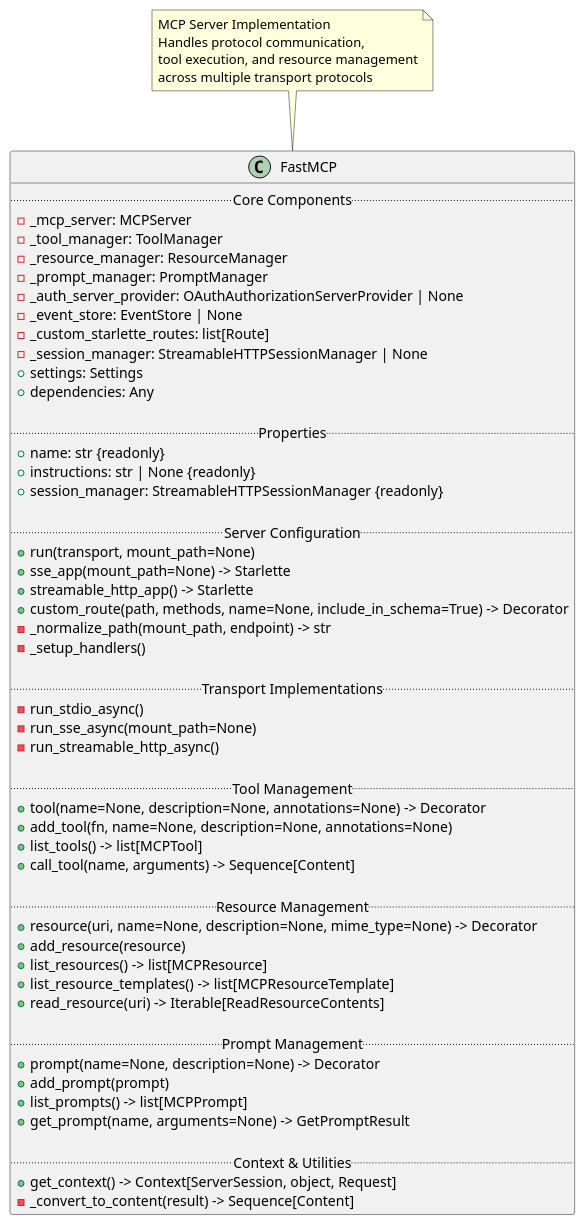
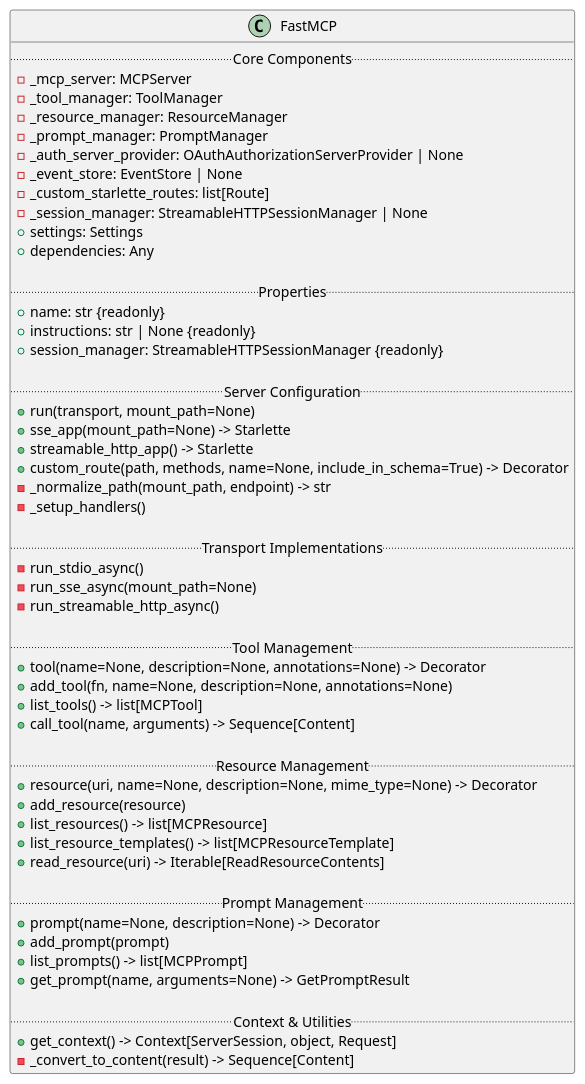
The diagram in MCP/puml/server-FastMCP.puml (acloudfan/gen-ai-app-dev), drawn with PlantUML before and after one commit. The commit also changed 7 other files, not shown here.

```diff
--- a/MCP/puml/server-FastMCP.puml
+++ b/MCP/puml/server-FastMCP.puml
@@ -1,81 +1,81 @@
 @startuml FastMCP
 
 class FastMCP {
   .. Core Components ..
   - _mcp_server: MCPServer
   - _tool_manager: ToolManager
   - _resource_manager: ResourceManager
   - _prompt_manager: PromptManager
   - _auth_server_provider: OAuthAuthorizationServerProvider | None
   - _event_store: EventStore | None
   - _custom_starlette_routes: list[Route]
   - _session_manager: StreamableHTTPSessionManager | None
   + settings: Settings
   + dependencies: Any
 
   .. Properties ..
   + name: str {readonly}
   + instructions: str | None {readonly}
   + session_manager: StreamableHTTPSessionManager {readonly}
 
   .. Server Configuration ..
   + run(transport, mount_path=None)
   + sse_app(mount_path=None) -> Starlette
   + streamable_http_app() -> Starlette
   + custom_route(path, methods, name=None, include_in_schema=True) -> Decorator
   - _normalize_path(mount_path, endpoint) -> str
   - _setup_handlers()
 
   .. Transport Implementations ..
   - run_stdio_async()
   - run_sse_async(mount_path=None)
   - run_streamable_http_async()
 
   .. Tool Management ..
   + tool(name=None, description=None, annotations=None) -> Decorator
   + add_tool(fn, name=None, description=None, annotations=None)
   + list_tools() -> list[MCPTool]
   + call_tool(name, arguments) -> Sequence[Content]
 
   .. Resource Management ..
   + resource(uri, name=None, description=None, mime_type=None) -> Decorator
   + add_resource(resource)
   + list_resources() -> list[MCPResource]
   + list_resource_templates() -> list[MCPResourceTemplate]
   + read_resource(uri) -> Iterable[ReadResourceContents]
 
   .. Prompt Management ..
   + prompt(name=None, description=None) -> Decorator
   + add_prompt(prompt)
   + list_prompts() -> list[MCPPrompt]
   + get_prompt(name, arguments=None) -> GetPromptResult
 
   .. Context & Utilities ..
   + get_context() -> Context[ServerSession, object, Request]
   - _convert_to_content(result) -> Sequence[Content]
 }
 
 ' -- Relationships --
 ' FastMCP --> "uses" MCPServer
 ' FastMCP --> "uses" ToolManager
 ' FastMCP --> "uses" ResourceManager
 ' FastMCP --> "uses" PromptManager
 ' FastMCP --> "uses" OAuthAuthorizationServerProvider
 ' FastMCP --> "uses" EventStore
 ' FastMCP --> "uses" Route
 ' FastMCP --> "uses" StreamableHTTPSessionManager
 ' FastMCP --> "uses" Settings
 ' FastMCP --> "uses" MCPTool
 ' FastMCP --> "uses" MCPResource
 ' FastMCP --> "uses" MCPPrompt
 ' FastMCP --> "uses" Context
 ' FastMCP --> "uses" Starlette
 
-note top of FastMCP
-  MCP Server Implementation
-  Handles protocol communication,
-  tool execution, and resource management
-  across multiple transport protocols
-end note
+' note top of FastMCP
+'   MCP Server Implementation
+'   Handles protocol communication,
+'   tool execution, and resource management
+'   across multiple transport protocols
+' end note
 
 @enduml
```
